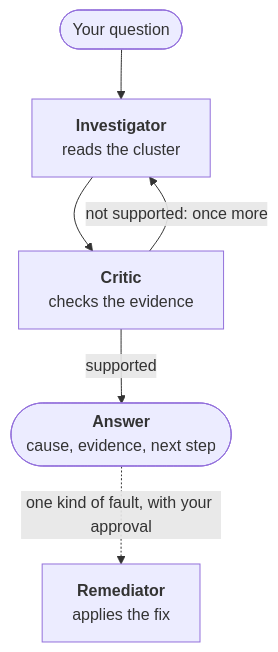
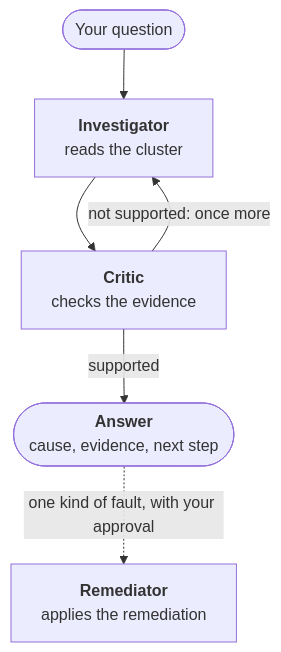
The diagram in README.md (tomershukhman/k8s-troubleshooting-agent), drawn with Mermaid before and after one commit. The commit also changed other lines of this file, not shown here.

Commit message:
README: call it remediation, the brief's term [skip ci]

````diff
--- a/README.md
+++ b/README.md
@@ -9,8 +9,8 @@
 ```mermaid
 flowchart TD
     q(["Your question"]) --> inv["<b>Investigator</b><br/>reads the cluster"]
     inv --> critic["<b>Critic</b><br/>checks the evidence"]
     critic -- "not supported: once more" --> inv
     critic -- "supported" --> ans(["<b>Answer</b><br/>cause, evidence, next step"])
-    ans -. "one kind of fault, with your approval" .-> rem["<b>Remediator</b><br/>applies the fix"]
+    ans -. "one kind of fault, with your approval" .-> rem["<b>Remediator</b><br/>applies the remediation"]
 ```
````
